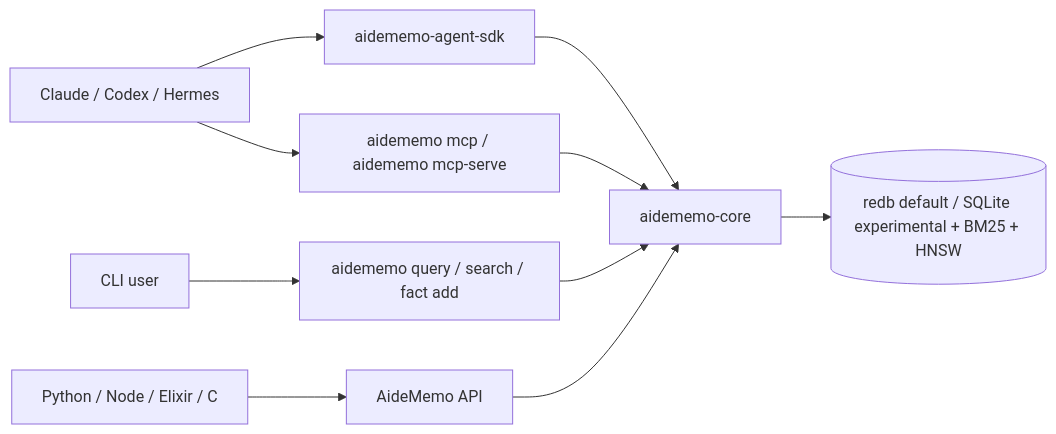
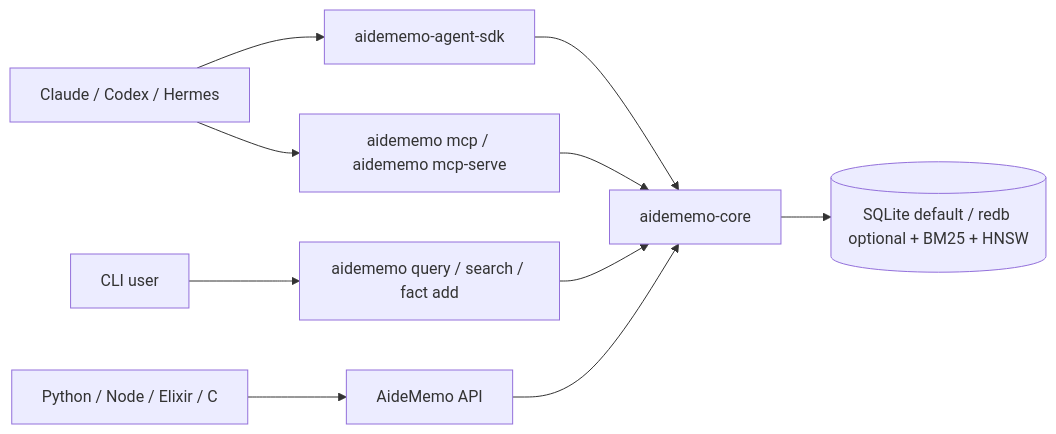
The diagram in README.md (taeyun16/aidememo), drawn with Mermaid before and after one commit. The commit also changed other lines of this file and 37 other files, not shown here.

Commit message:
Make SQLite the default storage backend

````diff
--- a/README.md
+++ b/README.md
@@ -37,12 +37,12 @@
 ```mermaid
 flowchart LR
     Agent["Claude / Codex / Hermes"] --> SDK["aidememo-agent-sdk"]
     Agent --> MCP["aidememo mcp / aidememo mcp-serve"]
     Human["CLI user"] --> CLI["aidememo query / search / fact add"]
     Plugin["Python / Node / Elixir / C"] --> API["AideMemo API"]
     SDK --> Core["aidememo-core"]
     MCP --> Core["aidememo-core"]
     CLI --> Core
     API --> Core
-    Core --> Store[("redb default / SQLite experimental + BM25 + HNSW")]
+    Core --> Store[("SQLite default / redb optional + BM25 + HNSW")]
 ```
````
